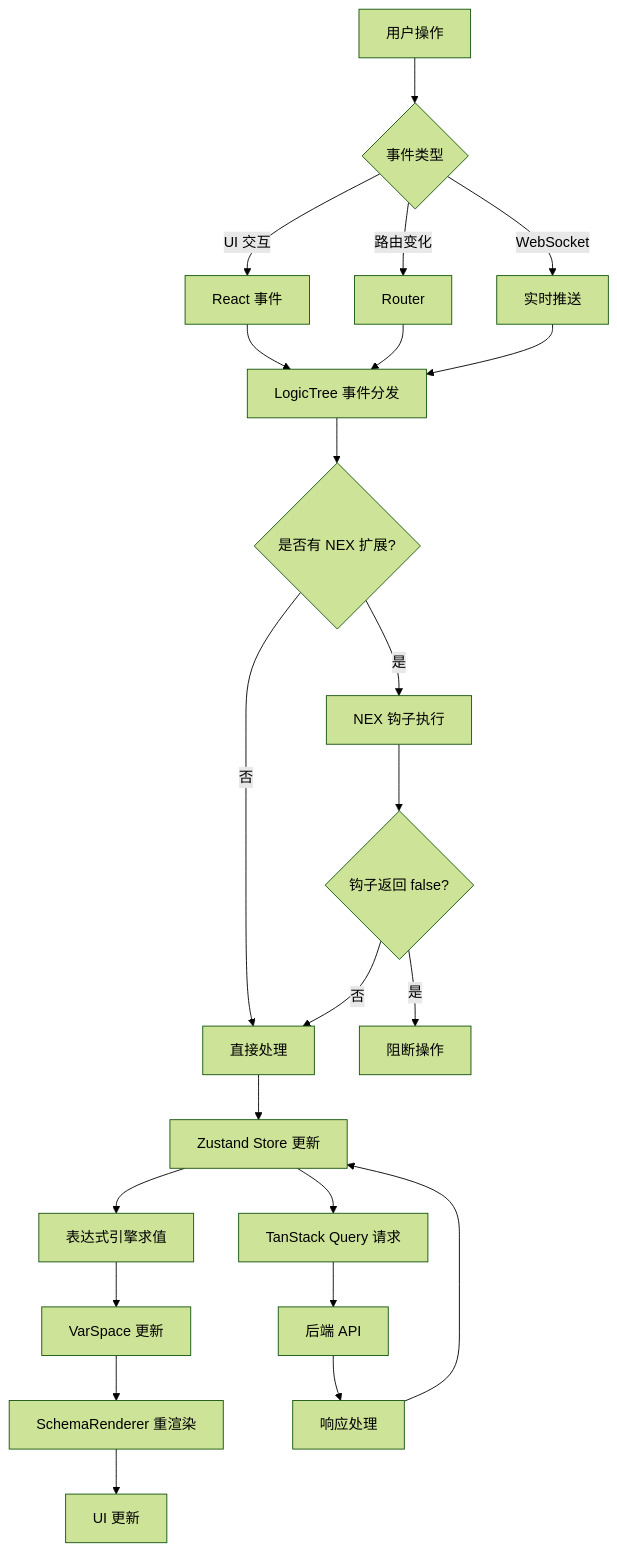
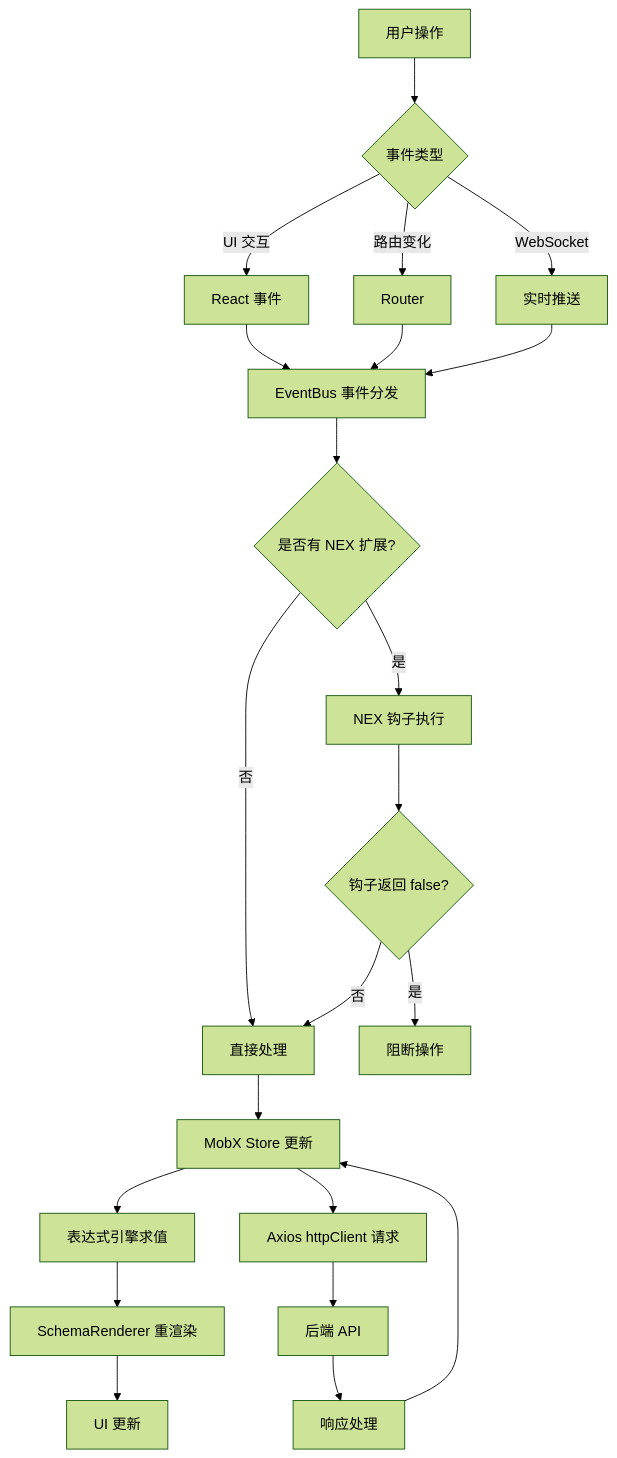
One commit to chengqipeng/ai-pm-team changed the third of 6 diagrams in product-specs/frontend-framework/新一代前端框架设计方案.md. Above: the diagram before and after it, drawn with Mermaid (forest theme). The commit also changed other lines of this file and 4 other files, not shown here.

````diff
--- a/product-specs/frontend-framework/新一代前端框架设计方案.md
+++ b/product-specs/frontend-framework/新一代前端框架设计方案.md
@@ -1146,30 +1106,29 @@
 ```mermaid
 flowchart TD
     A[用户操作] --> B{事件类型}
     B -->|UI 交互| C[React 事件]
     B -->|路由变化| D[Router]
     B -->|WebSocket| E[实时推送]
 
-    C --> F[LogicTree 事件分发]
+    C --> F[EventBus 事件分发]
     D --> F
     E --> F
 
     F --> G{是否有 NEX 扩展?}
     G -->|是| H[NEX 钩子执行]
     G -->|否| I[直接处理]
 
     H --> J{钩子返回 false?}
     J -->|是| K[阻断操作]
     J -->|否| I
 
-    I --> L[Zustand Store 更新]
+    I --> L[MobX Store 更新]
     L --> M[表达式引擎求值]
-    M --> N[VarSpace 更新]
-    N --> O[SchemaRenderer 重渲染]
-    O --> P[UI 更新]
+    M --> N[SchemaRenderer 重渲染]
+    N --> O[UI 更新]
 
-    L --> Q[TanStack Query 请求]
+    L --> Q[Axios httpClient 请求]
     Q --> R[后端 API]
     R --> S[响应处理]
     S --> L
 ```
````
